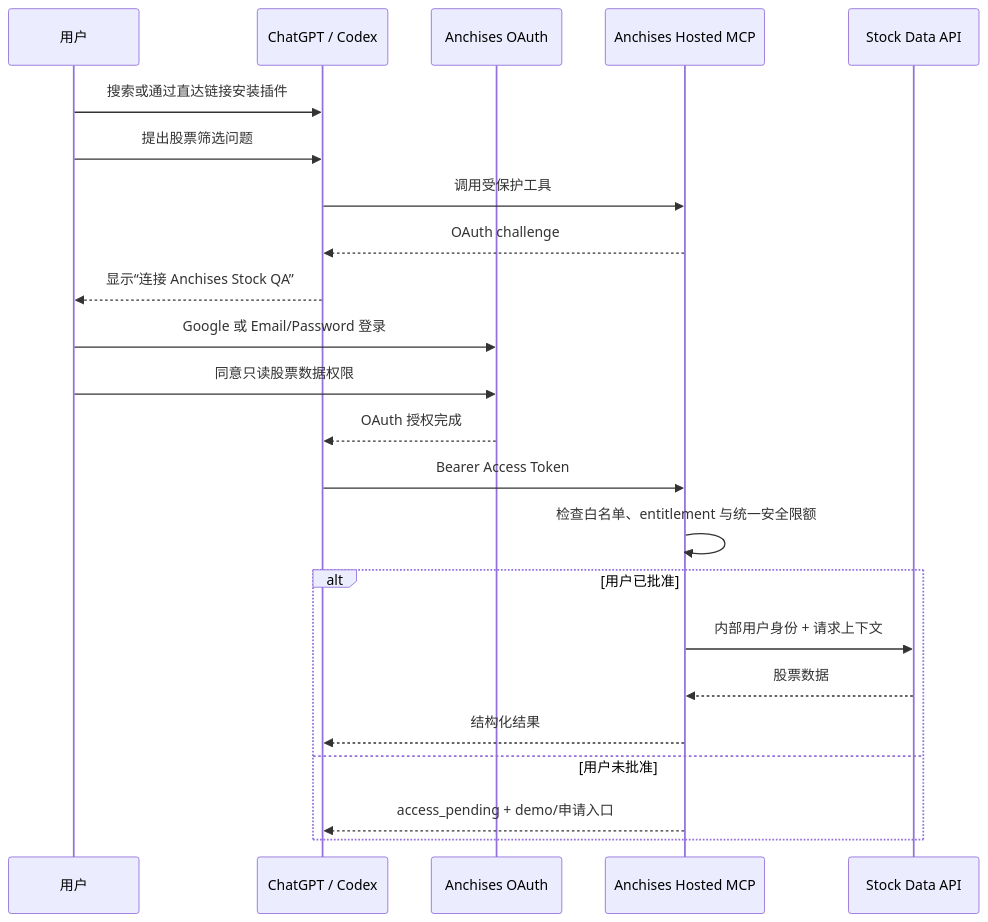
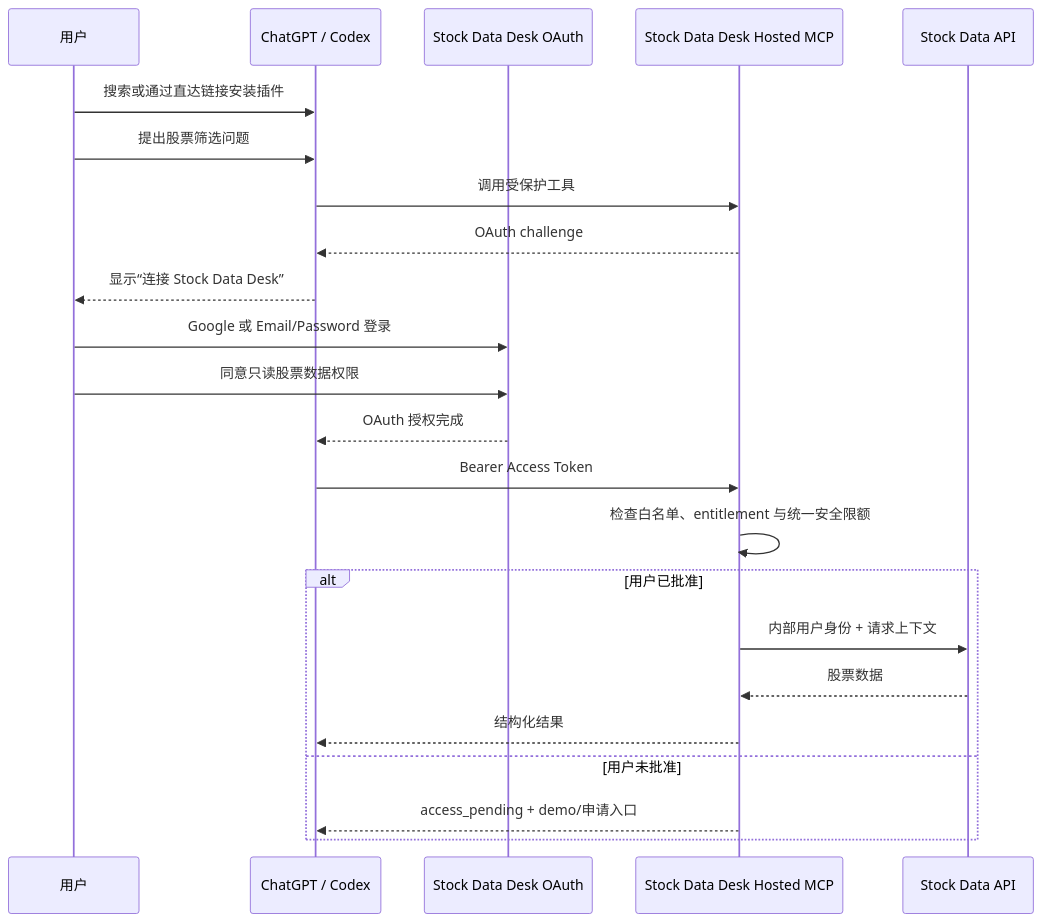
One commit to 2026Allin/anchises-stock-qa changed the first of 3 diagrams in docs/hosted-mcp-oauth-migration-plan.md. Above: the diagram before and after it, drawn with Mermaid. The commit also changed other lines of this file and 45 other files, not shown here.

Commit message:
feat: rename plugin to Stock Data Desk

````diff
--- a/docs/hosted-mcp-oauth-migration-plan.md
+++ b/docs/hosted-mcp-oauth-migration-plan.md
@@ -117,26 +117,26 @@
 ```mermaid
 sequenceDiagram
     participant U as 用户
     participant C as ChatGPT / Codex
-    participant O as Anchises OAuth
-    participant M as Anchises Hosted MCP
+    participant O as Stock Data Desk OAuth
+    participant M as Stock Data Desk Hosted MCP
     participant A as Stock Data API
 
     U->>C: 搜索或通过直达链接安装插件
     U->>C: 提出股票筛选问题
     C->>M: 调用受保护工具
     M-->>C: OAuth challenge
-    C-->>U: 显示“连接 Anchises Stock QA”
+    C-->>U: 显示“连接 Stock Data Desk”
     U->>O: Google 或 Email/Password 登录
     U->>O: 同意只读股票数据权限
     O-->>C: OAuth 授权完成
     C->>M: Bearer Access Token
     M->>M: 检查白名单、entitlement 与统一安全限额
     alt 用户已批准
         M->>A: 内部用户身份 + 请求上下文
         A-->>M: 股票数据
         M-->>C: 结构化结果
     else 用户未批准
         M-->>C: access_pending + demo/申请入口
     end
 ```
````
